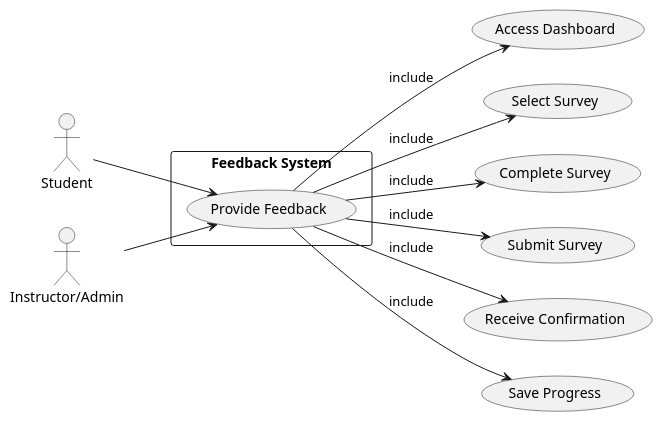
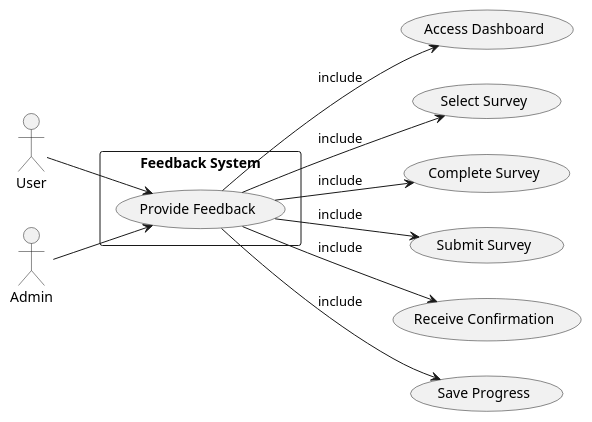
Before and after one commit to bahati7/MKB-cohort-2-Demo: the diagram in doc/usecases/plantUML/provide_feedback_usecase.puml, drawn with PlantUML.

Commit message:
Rename Actors and Update Labels
Renamed original actors to more generalized roles ("Student" → "User", "Instructor/Admin" → "Admin") with new aliases and labels.

```diff
--- a/doc/usecases/plantUML/provide_feedback_usecase.puml
+++ b/doc/usecases/plantUML/provide_feedback_usecase.puml
@@ -1,29 +1,30 @@
 @startuml provide_feedback_usecase
 
 left to right direction
 
-actor Student
-actor "Instructor/Admin" as reviewer
+actor "User" as user
+actor "Admin" as admin
 
 rectangle "Feedback System" {
   usecase "Provide Feedback" as UC_Main
 }
 
-Student --> UC_Main
-reviewer --> UC_Main
+user --> UC_Main
+admin --> UC_Main
+
 'Included use cases representing steps in the feedback process
-  usecase "Access Dashboard" as UC_Dashboard
-  usecase "Select Survey" as UC_Select
-  usecase "Complete Survey" as UC_Complete
-  usecase "Submit Survey" as UC_Submit
-  usecase "Receive Confirmation" as UC_Confirm
-  usecase "Save Progress" as UC_Save
+usecase "Access Dashboard" as UC_Dashboard
+usecase "Select Survey" as UC_Select
+usecase "Complete Survey" as UC_Complete
+usecase "Submit Survey" as UC_Submit
+usecase "Receive Confirmation" as UC_Confirm
+usecase "Save Progress" as UC_Save
 
-  UC_Main --> UC_Dashboard : include
-  UC_Main --> UC_Select : include
-  UC_Main --> UC_Complete : include
-  UC_Main --> UC_Submit : include
-  UC_Main --> UC_Confirm : include
-  UC_Main --> UC_Save : include
+UC_Main --> UC_Dashboard : include
+UC_Main --> UC_Select : include
+UC_Main --> UC_Complete : include
+UC_Main --> UC_Submit : include
+UC_Main --> UC_Confirm : include
+UC_Main --> UC_Save : include
 
 @enduml
```
